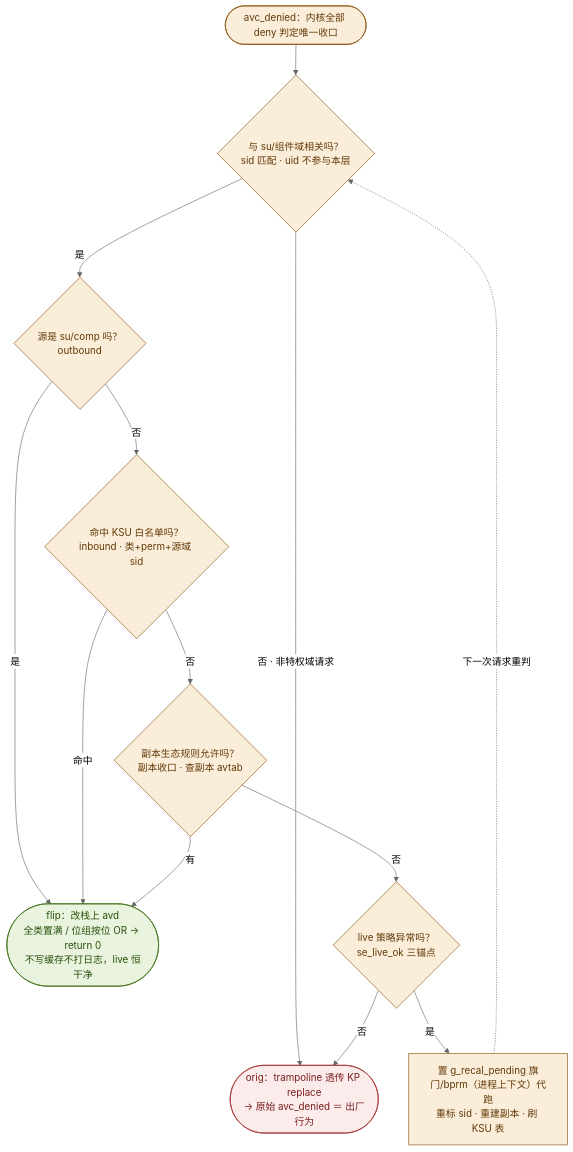
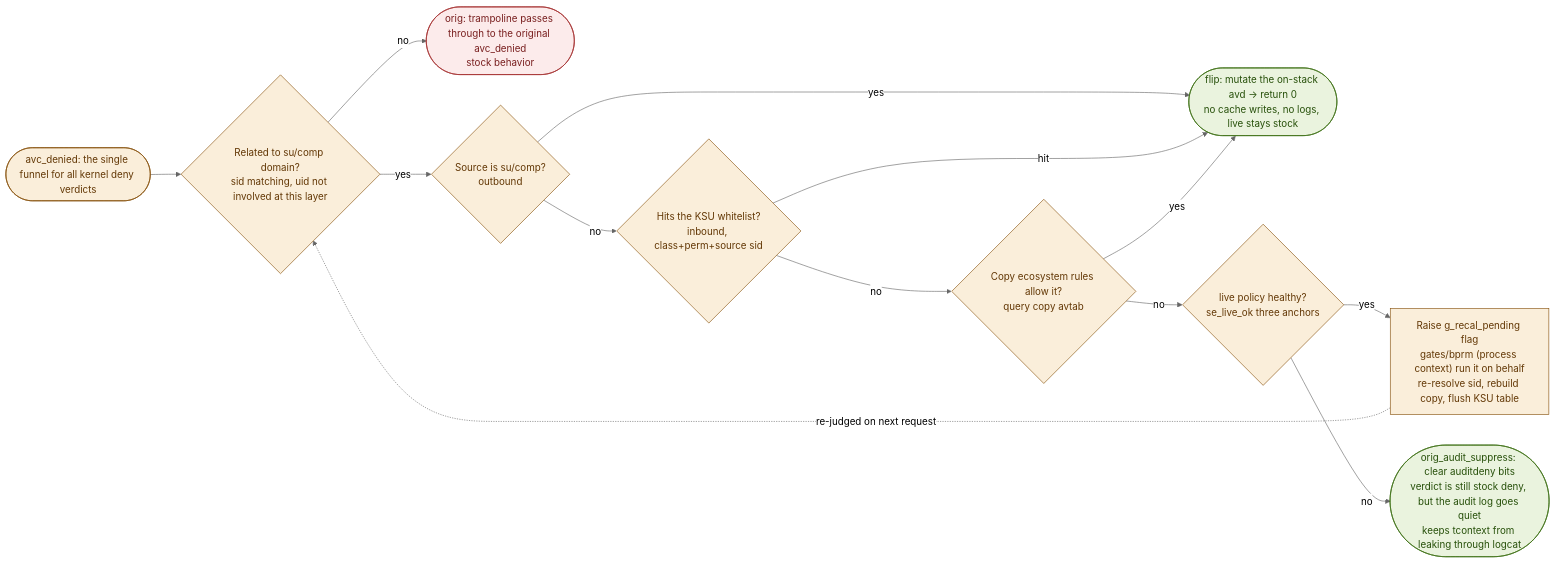
One commit to Lun-OS/SELinux_hide_Ind changed the second of 2 diagrams in README.md. Above: the diagram before and after it, drawn with Mermaid (neutral theme). The commit also changed other lines of this file and 1 other file, not shown here.

````diff
--- a/README.md
+++ b/README.md
@@ -91,22 +90,23 @@
 ```mermaid
-flowchart TD
+flowchart LR
     classDef yellow fill:#FAEEDA,stroke:#854F0B,color:#633806
     classDef green fill:#EAF3DE,stroke:#3B6D11,color:#27500A
     classDef red fill:#FCEBEB,stroke:#A32D2D,color:#791F1F
 
-    A([avc_denied：内核全部 deny 判定唯一收口]):::yellow --> B{与 su/组件域相关吗？<br/>sid 匹配 · uid 不参与本层}:::yellow
-    B -- 否 · 非特权域请求 --> ORIG
-    B -- 是 --> D{源是 su/comp 吗？<br/>outbound}:::yellow
-    D -- 是 --> FLIP
-    D -- 否 --> E{命中 KSU 白名单吗？<br/>inbound · 类+perm+源域 sid}:::yellow
-    E -- 命中 --> FLIP
-    E -- 否 --> F{副本生态规则允许吗？<br/>副本收口 · 查副本 avtab}:::yellow
-    F -- 有 --> FLIP
-    F -- 否 --> G{live 策略异常吗？<br/>se_live_ok 三锚点}:::yellow
-    G -- 是 --> H[置 g_recal_pending 旗<br/>门/bprm（进程上下文）代跑<br/>重标 sid · 重建副本 · 刷 KSU 表]:::yellow
-    H -. 下一次请求重判 .-> B
-    G -- 否 --> ORIG
+    A(["avc_denied: the single funnel for all kernel deny verdicts"]):::yellow --> B{"Related to su/comp domain?<br/>sid matching, uid not involved at this layer"}:::yellow
+    B -- no --> ORIG
+    B -- yes --> D{"Source is su/comp?<br/>outbound"}:::yellow
+    D -- yes --> FLIP
+    D -- no --> E{"Hits the KSU whitelist?<br/>inbound, class+perm+source sid"}:::yellow
+    E -- hit --> FLIP
+    E -- no --> F{"Copy ecosystem rules allow it?<br/>query copy avtab"}:::yellow
+    F -- yes --> FLIP
+    F -- no --> G{"live policy healthy?<br/>se_live_ok three anchors"}:::yellow
+    G -- yes --> H["Raise g_recal_pending flag<br/>gates/bprm (process context) run it on behalf<br/>re-resolve sid, rebuild copy, flush KSU table"]:::yellow
+    H -. re-judged on next request .-> B
+    G -- no --> SUPPRESS
 
-    FLIP([flip：改栈上 avd<br/>全类置满 / 位组按位 OR → return 0<br/>不写缓存不打日志，live 恒干净]):::green
-    ORIG([orig：trampoline 透传 KP replace<br/>→ 原始 avc_denied ＝ 出厂行为]):::red
+    FLIP(["flip: mutate the on-stack avd → return 0<br/>no cache writes, no logs, live stays stock"]):::green
+    SUPPRESS(["orig_audit_suppress: clear auditdeny bits<br/>verdict is still stock deny, but the audit log goes quiet<br/>keeps tcontext from leaking through logcat"]):::green
+    ORIG(["orig: trampoline passes through to the original avc_denied<br/>stock behavior"]):::red
 ```
````
